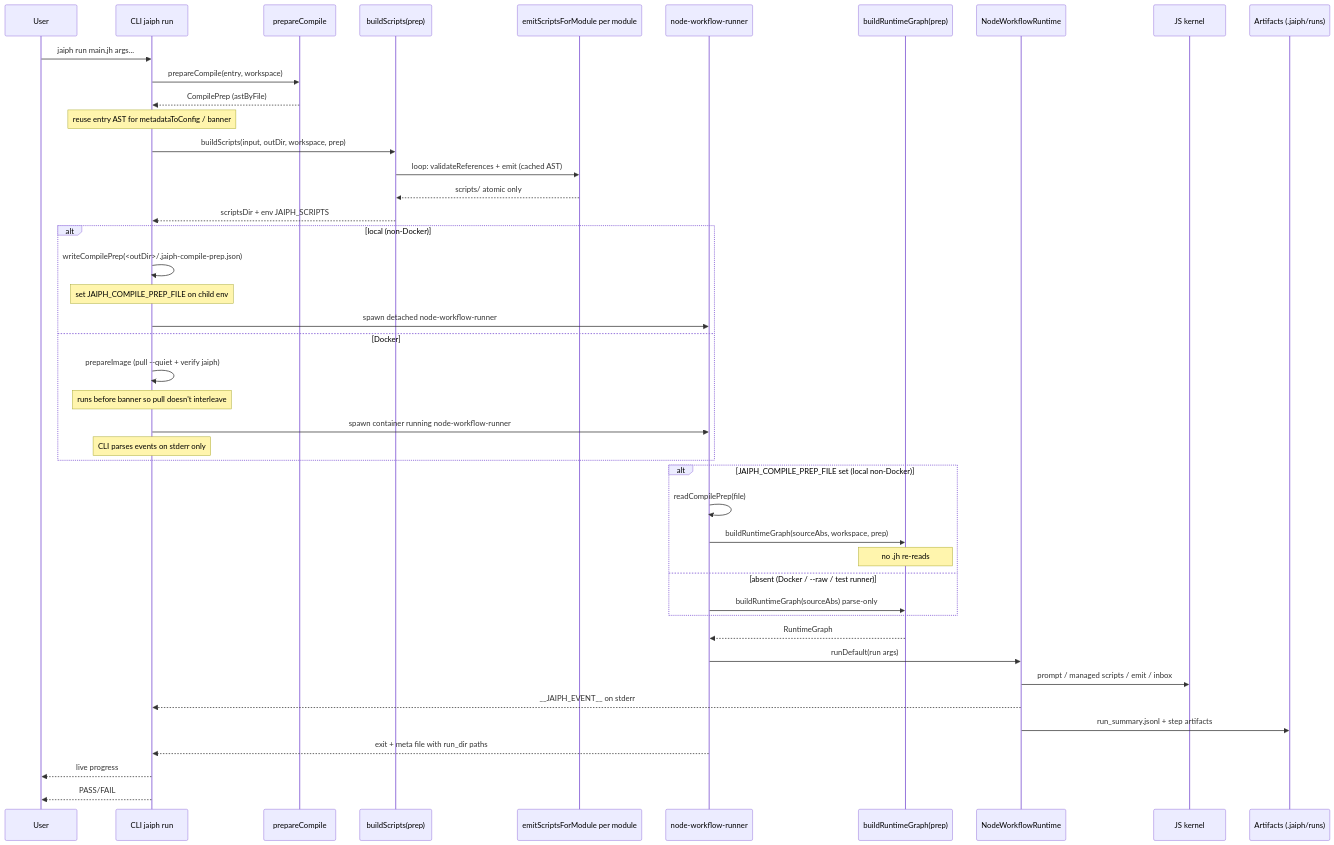
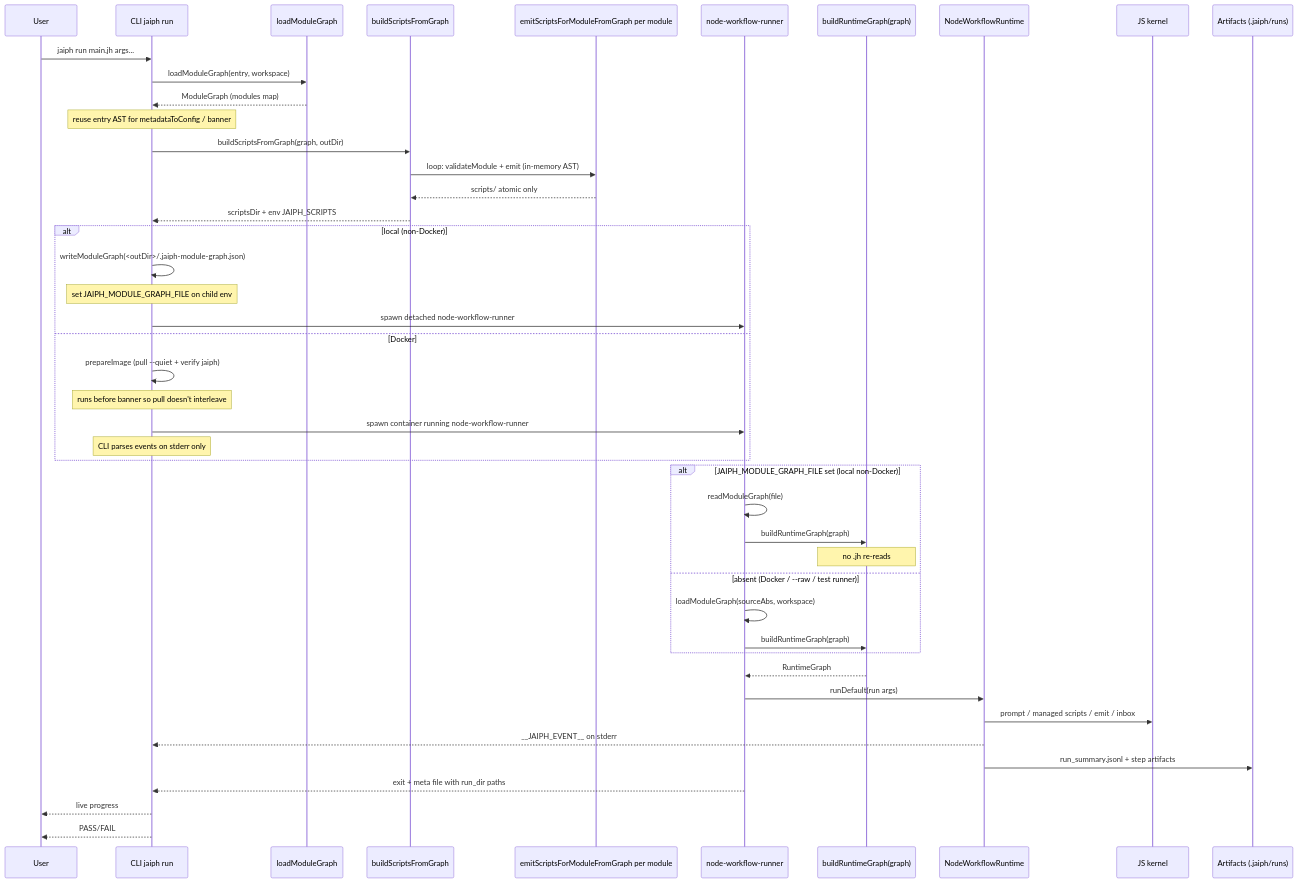
The second of 3 diagrams in docs/architecture.md (jaiphlang/jaiph), drawn with Mermaid before and after one commit. The commit also changed other lines of this file and 25 other files, not shown here.

First line of the commit message:
Refactor: promote CompilePrep to ModuleGraph with I/O-pure pipeline

````diff
--- a/docs/architecture.md
+++ b/docs/architecture.md
@@ -212,47 +211,48 @@
 ```mermaid
 sequenceDiagram
     participant User
     participant CLI as CLI jaiph run
-    participant CP as prepareCompile
-    participant Prep as buildScripts(prep)
-    participant TF as emitScriptsForModule per module
+    participant Load as loadModuleGraph
+    participant Prep as buildScriptsFromGraph
+    participant TF as emitScriptsForModuleFromGraph per module
     participant Runner as node-workflow-runner
-    participant Graph as buildRuntimeGraph(prep)
+    participant Graph as buildRuntimeGraph(graph)
     participant Runtime as NodeWorkflowRuntime
     participant Kernel as JS kernel
     participant Report as Artifacts (.jaiph/runs)
 
     User->>CLI: jaiph run main.jh args...
-    CLI->>CP: prepareCompile(entry, workspace)
-    CP-->>CLI: CompilePrep (astByFile)
+    CLI->>Load: loadModuleGraph(entry, workspace)
+    Load-->>CLI: ModuleGraph (modules map)
     Note over CLI: reuse entry AST for metadataToConfig / banner
-    CLI->>Prep: buildScripts(input, outDir, workspace, prep)
-    Prep->>TF: loop: validateReferences + emit (cached AST)
+    CLI->>Prep: buildScriptsFromGraph(graph, outDir)
+    Prep->>TF: loop: validateModule + emit (in-memory AST)
     TF-->>Prep: scripts/ atomic only
     Prep-->>CLI: scriptsDir + env JAIPH_SCRIPTS
     alt local (non-Docker)
-        CLI->>CLI: writeCompilePrep(<outDir>/.jaiph-compile-prep.json)
-        Note over CLI: set JAIPH_COMPILE_PREP_FILE on child env
+        CLI->>CLI: writeModuleGraph(<outDir>/.jaiph-module-graph.json)
+        Note over CLI: set JAIPH_MODULE_GRAPH_FILE on child env
         CLI->>Runner: spawn detached node-workflow-runner
     else Docker
         CLI->>CLI: prepareImage (pull --quiet + verify jaiph)
         Note over CLI: runs before banner so pull doesn't interleave
         CLI->>Runner: spawn container running node-workflow-runner
         Note over CLI: CLI parses events on stderr only
     end
-    alt JAIPH_COMPILE_PREP_FILE set (local non-Docker)
-        Runner->>Runner: readCompilePrep(file)
-        Runner->>Graph: buildRuntimeGraph(sourceAbs, workspace, prep)
+    alt JAIPH_MODULE_GRAPH_FILE set (local non-Docker)
+        Runner->>Runner: readModuleGraph(file)
+        Runner->>Graph: buildRuntimeGraph(graph)
         Note over Graph: no .jh re-reads
     else absent (Docker / --raw / test runner)
-        Runner->>Graph: buildRuntimeGraph(sourceAbs) parse-only
+        Runner->>Runner: loadModuleGraph(sourceAbs, workspace)
+        Runner->>Graph: buildRuntimeGraph(graph)
     end
     Graph-->>Runner: RuntimeGraph
     Runner->>Runtime: runDefault(run args)
     Runtime->>Kernel: prompt / managed scripts / emit / inbox
     Runtime-->>CLI: __JAIPH_EVENT__ on stderr
     Runtime->>Report: run_summary.jsonl + step artifacts
     Runner-->>CLI: exit + meta file with run_dir paths
     CLI-->>User: live progress
     CLI-->>User: PASS/FAIL
 ```
````
